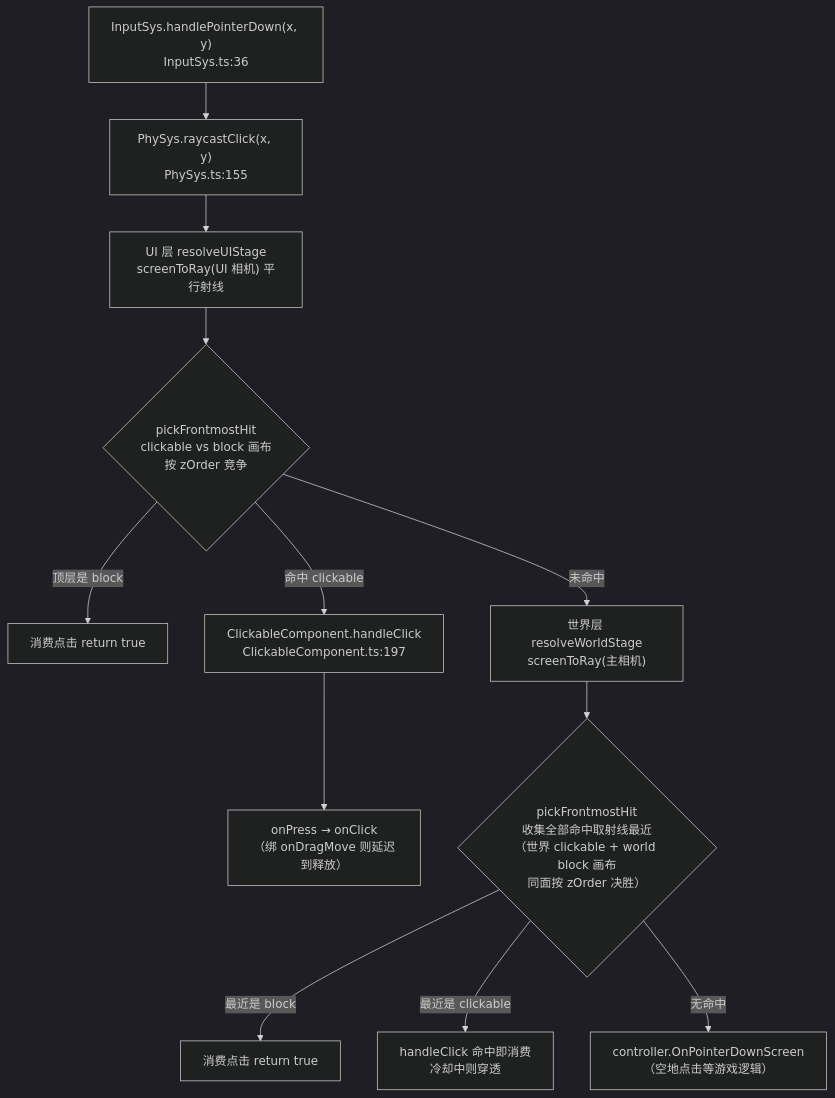
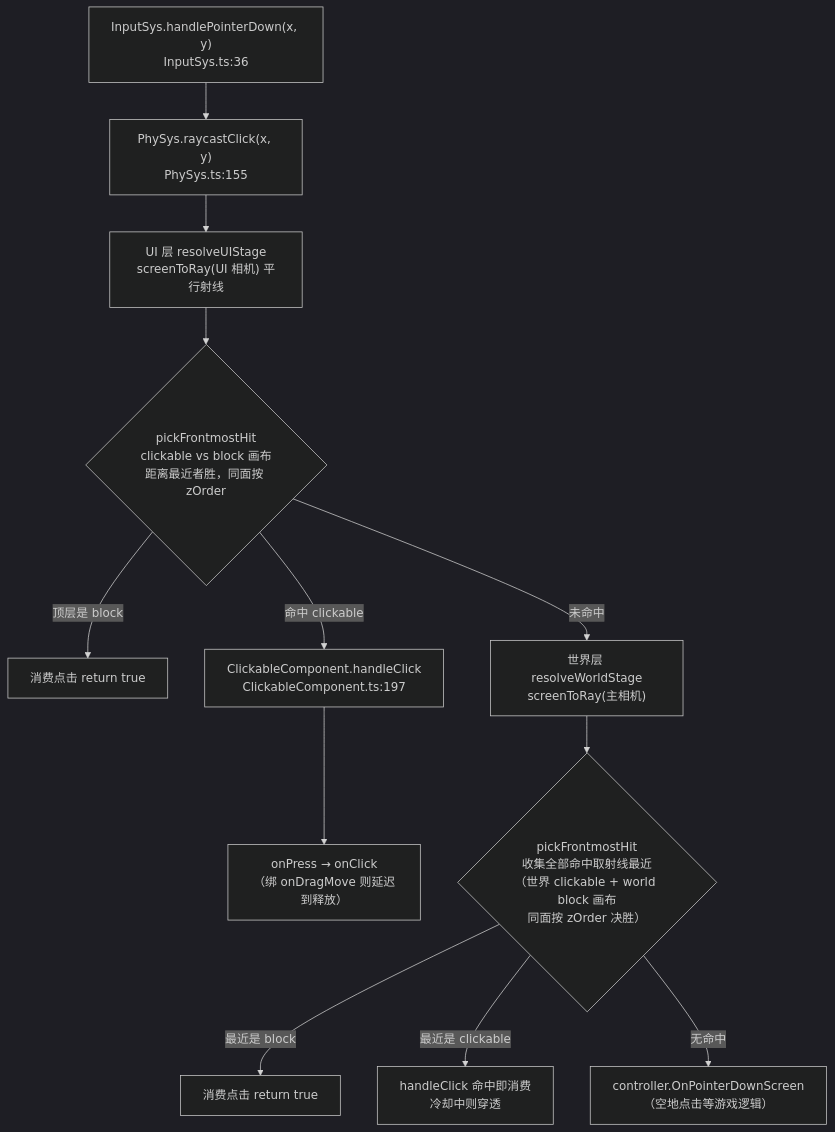
The second of 2 diagrams in doc/engine/ui_system.md (Kaplc/DemoStudio), drawn with Mermaid (dark theme) before and after one commit. The commit also changed other lines of this file and 92 other files, not shown here.

````diff
--- a/doc/engine/ui_system.md
+++ b/doc/engine/ui_system.md
@@ -199,14 +199,14 @@
 ```mermaid
 flowchart TD
     A["InputSys.handlePointerDown(x, y)<br/>InputSys.ts:36"] --> B["PhySys.raycastClick(x, y)<br/>PhySys.ts:155"]
     B --> C["UI 层 resolveUIStage<br/>screenToRay(UI 相机) 平行射线"]
-    C --> D{"pickFrontmostHit<br/>clickable vs block 画布<br/>按 zOrder 竞争"}
+    C --> D{"pickFrontmostHit<br/>clickable vs block 画布<br/>距离最近者胜，同面按 zOrder"}
     D -->|"顶层是 block"| E["消费点击 return true"]
     D -->|"命中 clickable"| F["ClickableComponent.handleClick<br/>ClickableComponent.ts:197"]
     F --> G["onPress → onClick<br/>（绑 onDragMove 则延迟到释放）"]
     D -->|"未命中"| J["世界层 resolveWorldStage<br/>screenToRay(主相机)"]
     J --> K{"pickFrontmostHit<br/>收集全部命中取射线最近<br/>（世界 clickable + world block 画布<br/>同面按 zOrder 决胜）"}
     K -->|"最近是 block"| L["消费点击 return true"]
     K -->|"最近是 clickable"| M["handleClick 命中即消费<br/>冷却中则穿透"]
     K -->|"无命中"| N["controller.OnPointerDownScreen<br/>（空地点击等游戏逻辑）"]
 ```
````
